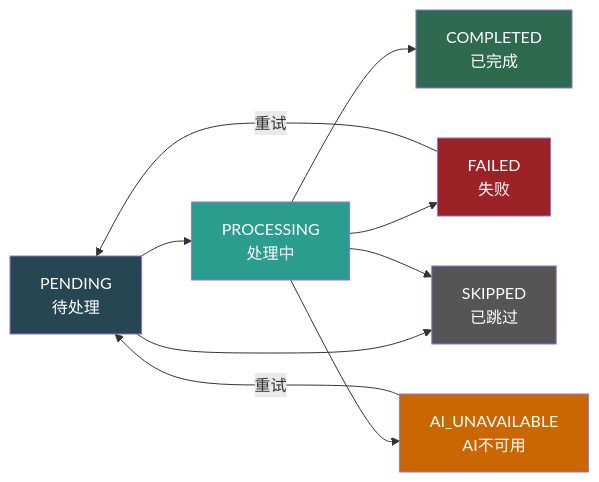
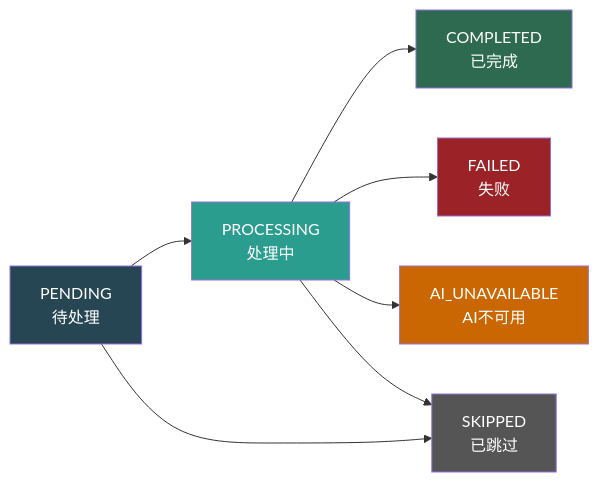
The second of 2 diagrams in docs/guides/EXTERNAL_SPI_INTEGRATION_GUIDE.md (DrunkFood/First), drawn with Mermaid before and after one commit. The commit also changed other lines of this file, not shown here.

````diff
--- a/docs/guides/EXTERNAL_SPI_INTEGRATION_GUIDE.md
+++ b/docs/guides/EXTERNAL_SPI_INTEGRATION_GUIDE.md
@@ -488,18 +350,16 @@
 ```mermaid
 graph LR
     PENDING["PENDING<br/>待处理"] --> PROCESSING["PROCESSING<br/>处理中"]
     PROCESSING --> COMPLETED["COMPLETED<br/>已完成"]
     PROCESSING --> FAILED["FAILED<br/>失败"]
     PROCESSING --> AI_UNAVAILABLE["AI_UNAVAILABLE<br/>AI不可用"]
     PENDING --> SKIPPED["SKIPPED<br/>已跳过"]
     PROCESSING --> SKIPPED
-    FAILED --> |重试| PENDING
-    AI_UNAVAILABLE --> |重试| PENDING
 
     style COMPLETED fill:#2d6a4f,color:#fff
     style FAILED fill:#9b2226,color:#fff
     style AI_UNAVAILABLE fill:#ca6702,color:#fff
     style SKIPPED fill:#555,color:#fff
     style PENDING fill:#264653,color:#fff
     style PROCESSING fill:#2a9d8f,color:#fff
 ```
````
